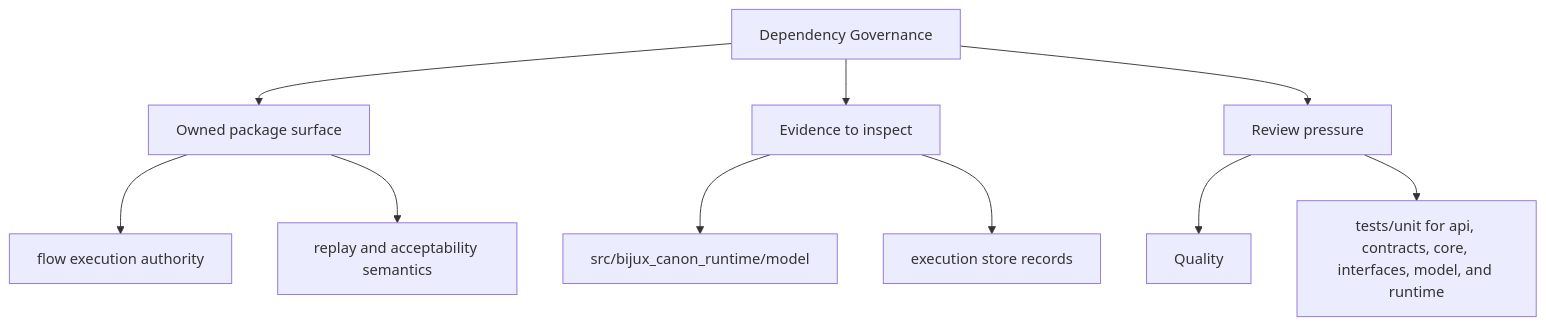
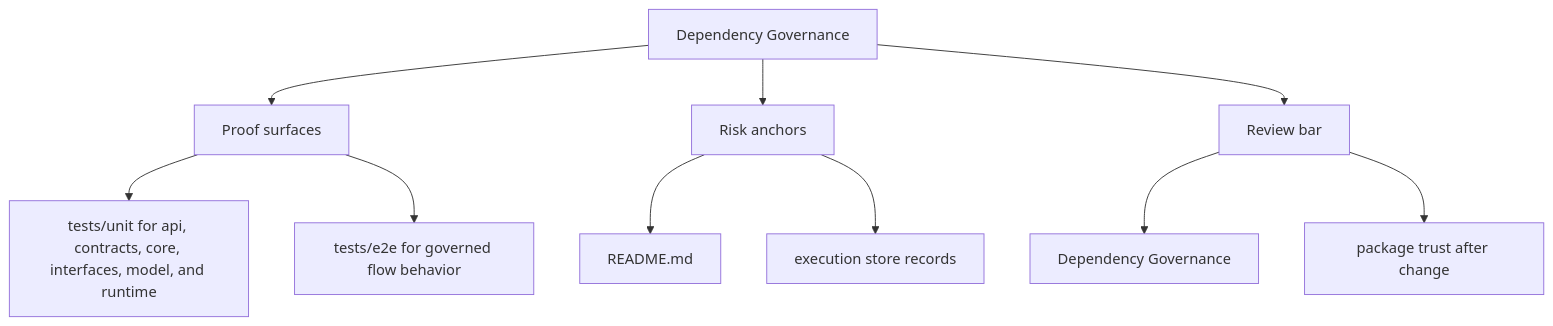
Before and after one commit to bijux/bijux-canon: the second of 2 diagrams in docs/bijux-canon-runtime/quality/dependency-governance.md, drawn with Mermaid. The commit also changed other lines of this file and 250 other files, not shown here.

Commit message:
docs(diagrams): make product page maps more readable

````diff
--- a/docs/bijux-canon-runtime/quality/dependency-governance.md
+++ b/docs/bijux-canon-runtime/quality/dependency-governance.md
@@ -35,22 +35,22 @@
 ```mermaid
 flowchart TD
     page["Dependency Governance"]
-    focus1["Owned package surface"]
+    focus1["Proof surfaces"]
     page --> focus1
-    focus1_1["flow execution authority"]
+    focus1_1["tests/unit for api, contracts, core, interfaces, model, and runtime"]
     focus1 --> focus1_1
-    focus1_2["replay and acceptability semantics"]
+    focus1_2["tests/e2e for governed flow behavior"]
     focus1 --> focus1_2
-    focus2["Evidence to inspect"]
+    focus2["Risk anchors"]
     page --> focus2
-    focus2_1["src/bijux_canon_runtime/model"]
+    focus2_1["README.md"]
     focus2 --> focus2_1
     focus2_2["execution store records"]
     focus2 --> focus2_2
-    focus3["Review pressure"]
+    focus3["Review bar"]
     page --> focus3
-    focus3_1["Quality"]
+    focus3_1["Dependency Governance"]
     focus3 --> focus3_1
-    focus3_2["tests/unit for api, contracts, core, interfaces, model, and runtime"]
+    focus3_2["package trust after change"]
     focus3 --> focus3_2
 ```
````
